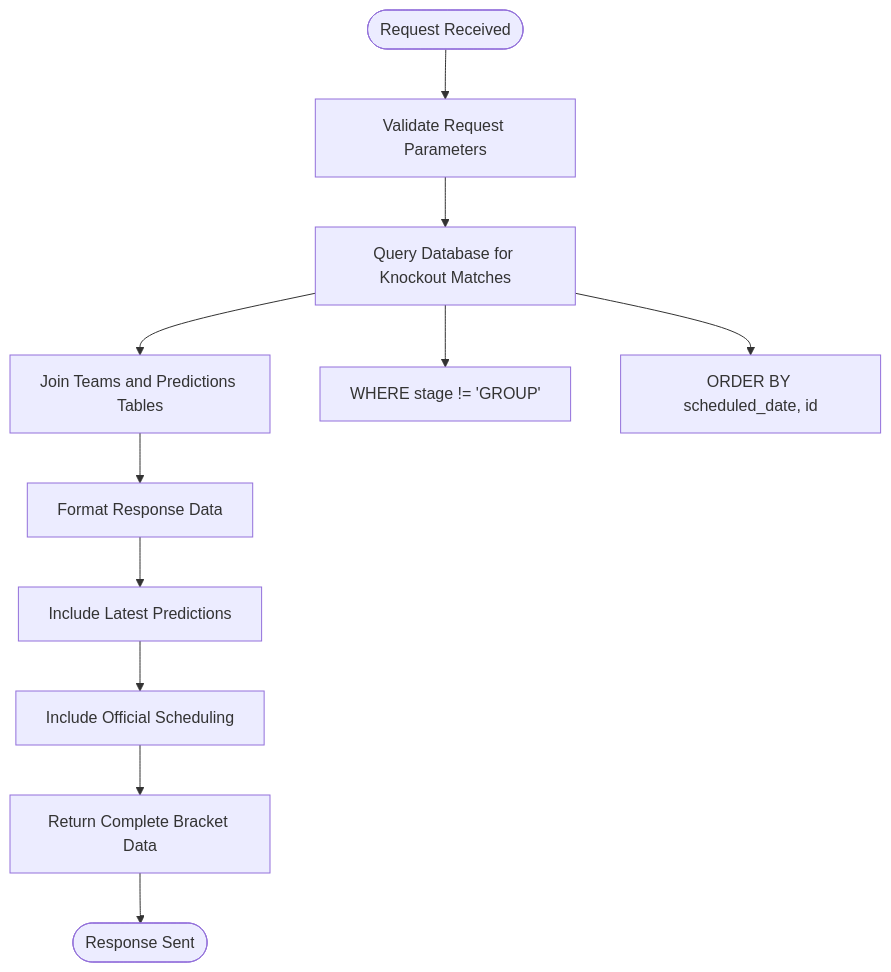
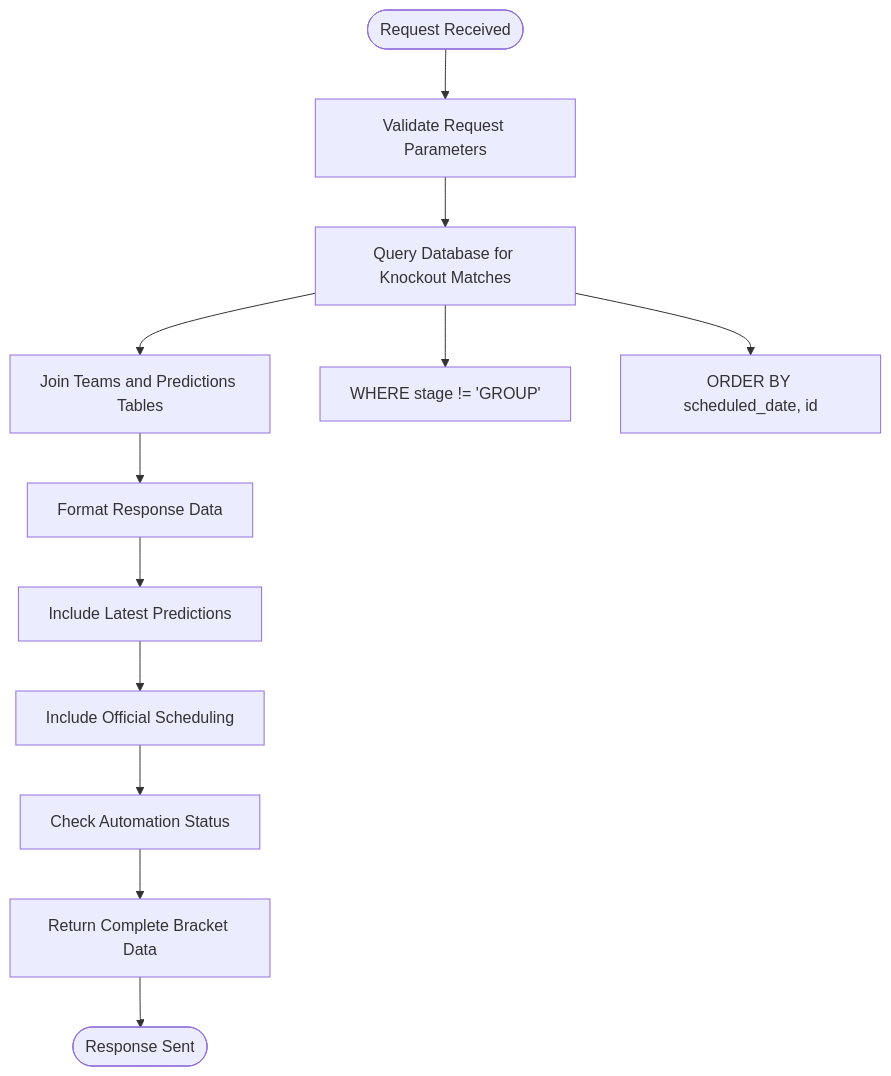
Before and after one commit to cheesiong/WC26-qwen: the fifth of 12 diagrams in .qoder/repowiki/en/content/API Reference/Tournament API/Knockout Bracket Management.md, drawn with Mermaid. The commit also changed other lines of this file and 49 other files, not shown here.

````diff
--- a/.qoder/repowiki/en/content/API Reference/Tournament API/Knockout Bracket Management.md
+++ b/.qoder/repowiki/en/content/API Reference/Tournament API/Knockout Bracket Management.md
@@ -247,13 +286,14 @@
 ```mermaid
 flowchart TD
 Start([Request Received]) --> ValidateParams["Validate Request Parameters"]
 ValidateParams --> QueryDB["Query Database for Knockout Matches"]
 QueryDB --> JoinTables["Join Teams and Predictions Tables"]
 JoinTables --> FormatResponse["Format Response Data"]
 FormatResponse --> AddPredictions["Include Latest Predictions"]
 AddPredictions --> AddScheduling["Include Official Scheduling"]
-AddScheduling --> ReturnData["Return Complete Bracket Data"]
+AddScheduling --> CheckAutomation["Check Automation Status"]
+CheckAutomation --> ReturnData["Return Complete Bracket Data"]
 ReturnData --> End([Response Sent])
 QueryDB --> FilterStages["WHERE stage != 'GROUP'"]
 QueryDB --> OrderMatches["ORDER BY scheduled_date, id"]
 ```
````
